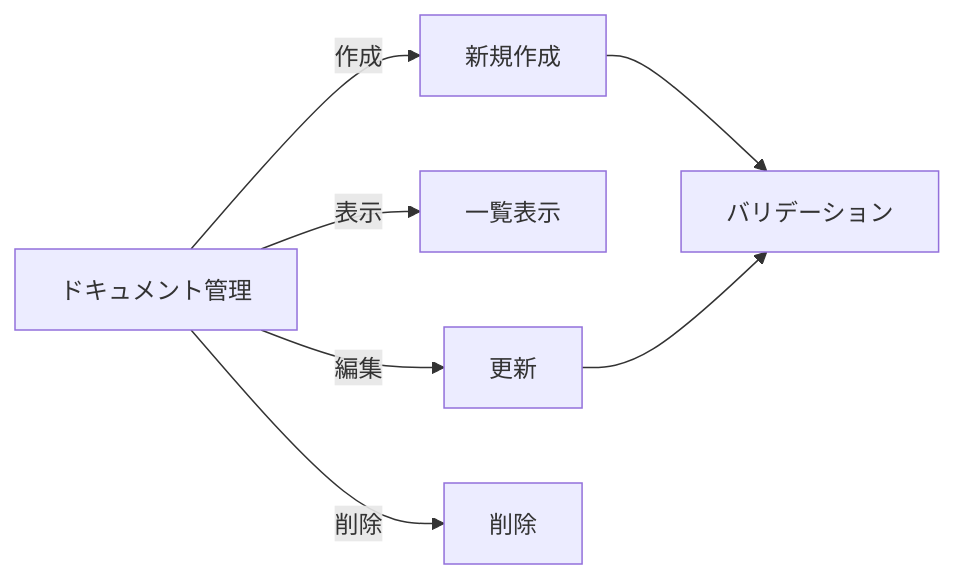
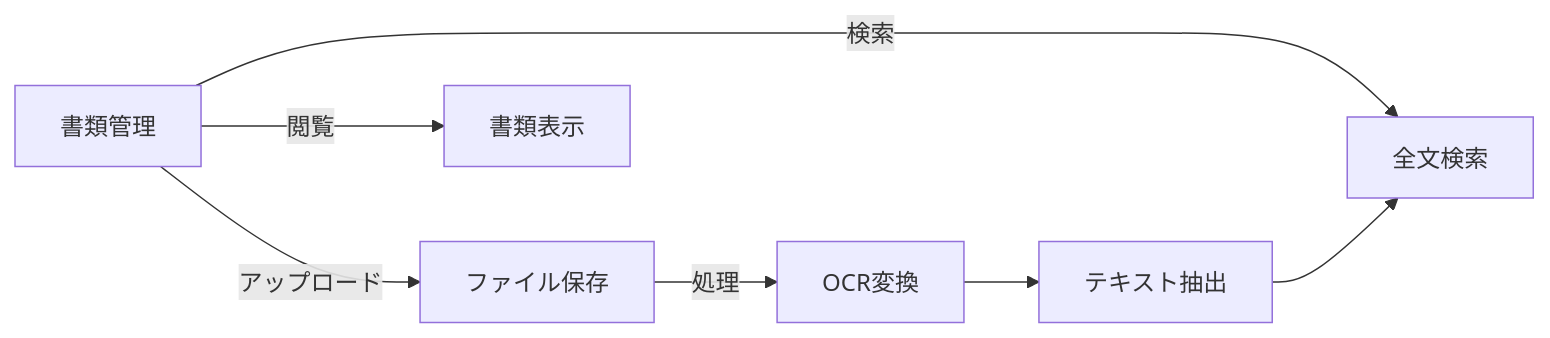
Before and after one commit to rictusempra52/document-management: the first of 2 diagrams in specification.md, drawn with Mermaid. The commit also changed other lines of this file and 3 other files, not shown here.

````diff
--- a/specification.md
+++ b/specification.md
@@ -16,10 +19,10 @@
 ```mermaid
 graph LR
-    A[ドキュメント管理] -->|作成| B[新規作成]
-    A -->|表示| C[一覧表示]
-    A -->|編集| D[更新]
-    A -->|削除| E[削除]
+    A[書類管理] -->|アップロード| B[ファイル保存]
+    B -->|処理| C[OCR変換]
+    A -->|閲覧| D[書類表示]
+    A -->|検索| E[全文検索]
     
-    B --> F[バリデーション]
-    D --> F
+    C --> F[テキスト抽出]
+    F --> E
 ```
````
